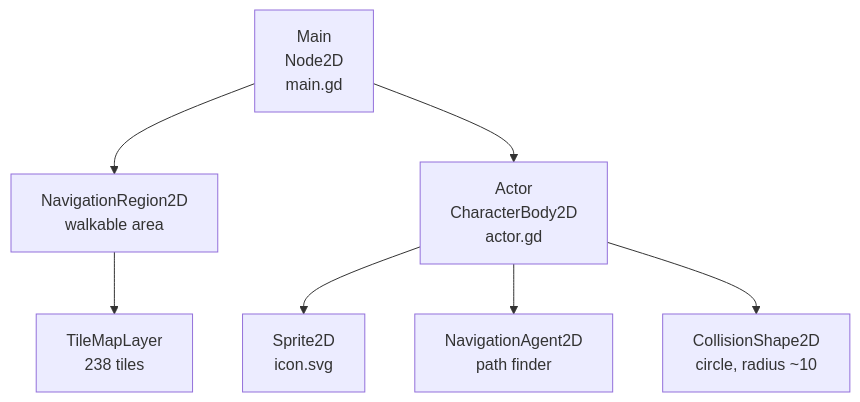
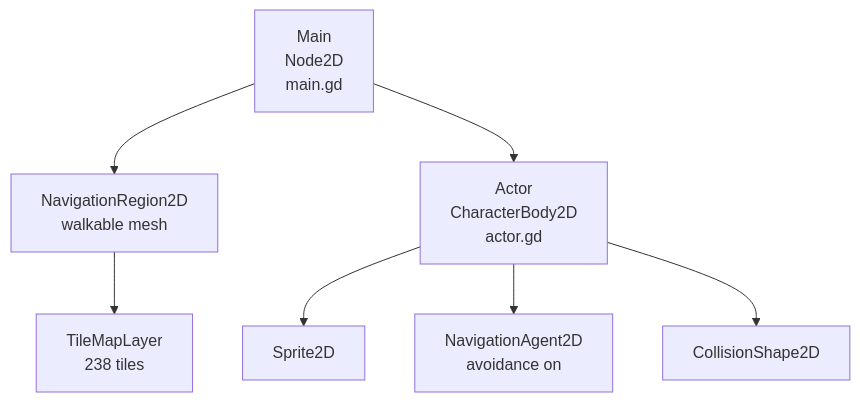
Before and after one commit to JoshuaOmosa/apex-tactics: the first of 3 diagrams in README.md, drawn with Mermaid. The commit also changed other lines of this file and 5 other files, not shown here.

````diff
--- a/README.md
+++ b/README.md
@@ -50,17 +44,17 @@
 ```mermaid
 flowchart TD
     Main["Main<br/>Node2D<br/>main.gd"]
-    Region["NavigationRegion2D<br/>walkable area"]
+    Region["NavigationRegion2D<br/>walkable mesh"]
     Tiles["TileMapLayer<br/>238 tiles"]
     Actor["Actor<br/>CharacterBody2D<br/>actor.gd"]
-    Sprite["Sprite2D<br/>icon.svg"]
-    Agent["NavigationAgent2D<br/>path finder"]
-    Shape["CollisionShape2D<br/>circle, radius ~10"]
+    Sprite["Sprite2D"]
+    Agent["NavigationAgent2D<br/>avoidance on"]
+    Shape["CollisionShape2D"]
 
     Main --> Region
     Main --> Actor
     Region --> Tiles
     Actor --> Sprite
     Actor --> Agent
     Actor --> Shape
 ```
````
